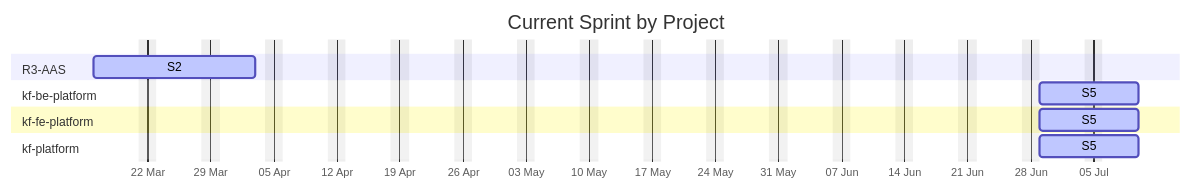
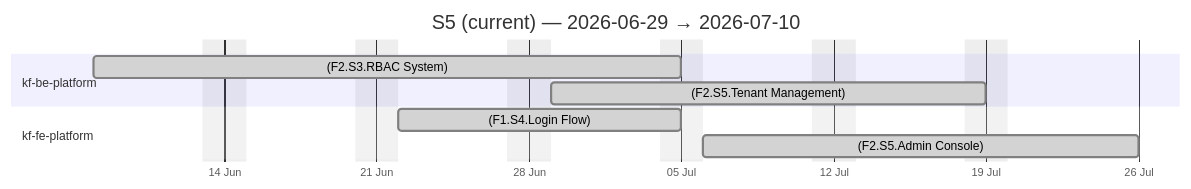
Before and after one commit to Katty-Fashion/kf-cpto: the fourth of 5 diagrams in docs/unified-kanban.md, drawn with Mermaid. The commit also changed other lines of this file and 12 other files, not shown here.

````diff
--- a/docs/unified-kanban.md
+++ b/docs/unified-kanban.md
@@ -144,16 +267,14 @@
 ```mermaid
 gantt
-    title Current Sprint by Project
+    title S5 (current) — 2026-06-29 → 2026-07-10
     dateFormat YYYY-MM-DD
     axisFormat %d %b
     excludes weekends
 
-    section R3-AAS
-    S2 :active, 2026-03-16, 2026-04-03
     section kf-be-platform
-    S5 :active, 2026-06-29, 2026-07-10
+    (F2.S3.RBAC System) :done, 2026-06-08, 2026-07-05
+    (F2.S5.Tenant Management) :done, 2026-06-29, 2026-07-19
     section kf-fe-platform
-    S5 :active, 2026-06-29, 2026-07-10
-    section kf-platform
-    S5 :active, 2026-06-29, 2026-07-10
+    (F1.S4.Login Flow) :done, 2026-06-22, 2026-07-05
+    (F2.S5.Admin Console) :done, 2026-07-06, 2026-07-26
 ```
````
